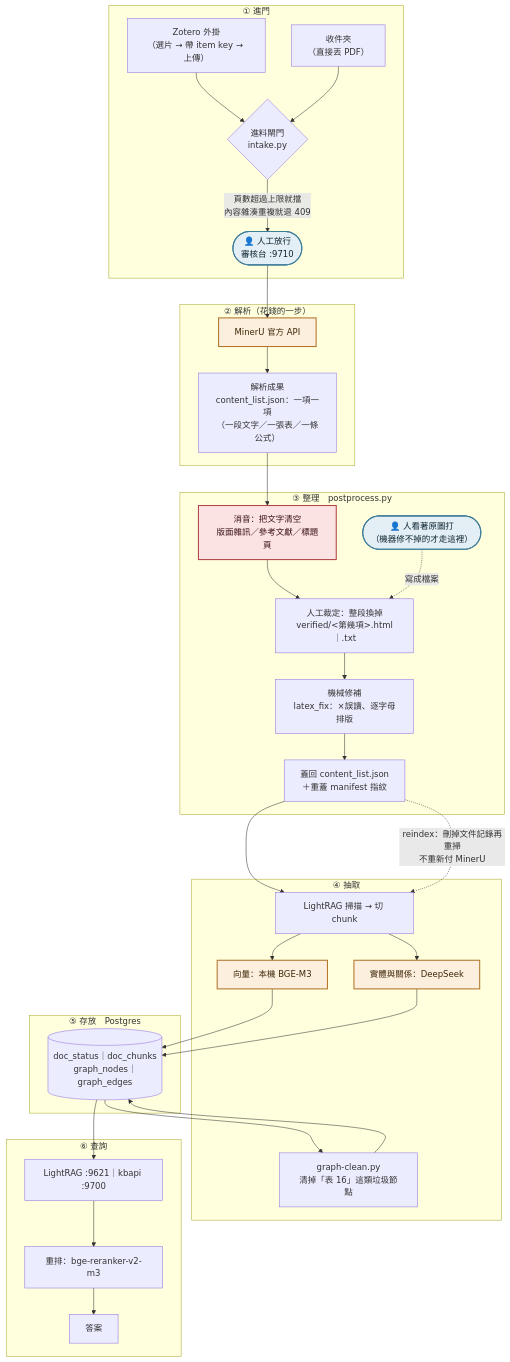
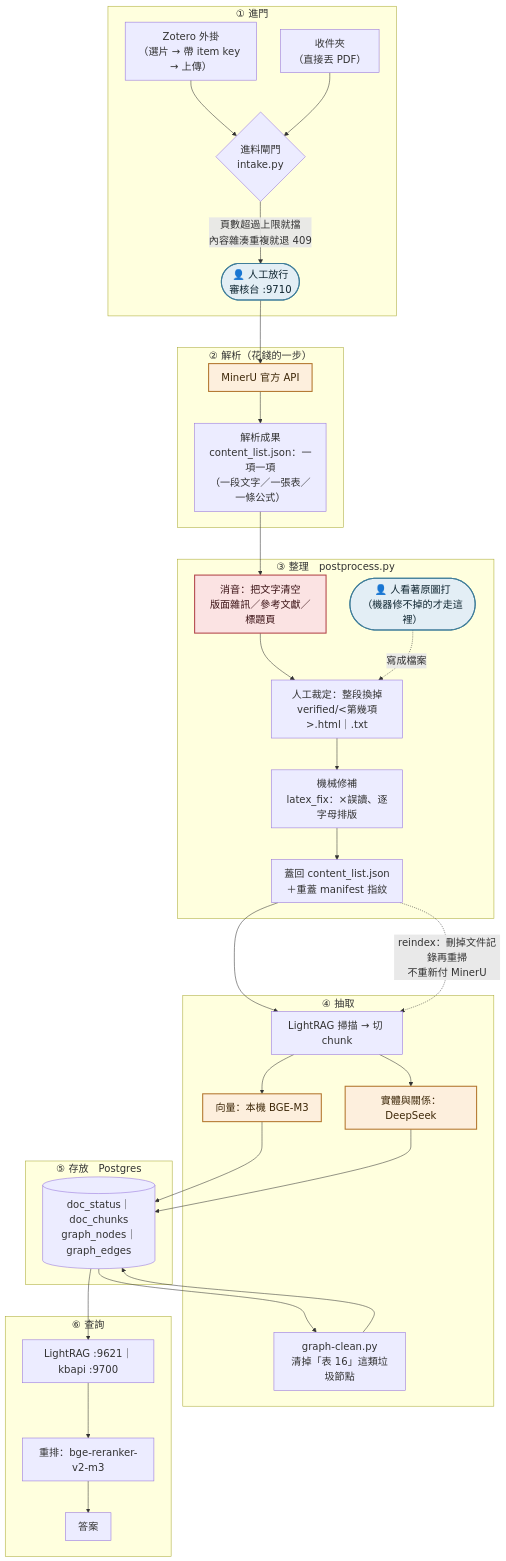
One commit to neknufelet/lightrag changed the first of 2 diagrams in cairn/pipeline.md. Above: the diagram before and after it, drawn with Mermaid. The commit also changed other lines of this file and 1 other file, not shown here.

Commit message:
docs(cairn): 圖的字體與間距寫進檔案，三邊吃同一組設定
PO 問「mermaid 渲染的時候能放大嗎，比例字體之類的」。

用 mermaid 的 init 指令寫在每張圖的第一行 —— **它是檔案的一部分**，
所以 Obsidian、GitHub、發佈的網頁都吃同一組，不用各自調：

  fontSize 19px、nodeSpacing 45、rankSpacing 60、padding 12

刻意**不設 theme**：設了會蓋掉觀看者的深／淺色主題，等於把上一個 commit
剛修好的可讀性再弄壞一次。只調字體與間距，顏色維持前一版明寫的那組。

也刻意**不設 useMaxWidth: false**：那會讓圖用原尺寸輸出、可能撐破版面往旁邊溢出。
維持預設（縮到容器寬度），所以放大字體就是相對放大 —— 那正是要的效果。

⚠ 真正的「拖曳＋滾輪縮放」markdown 做不到，要手寫 HTML 頁面。
那會讓權威版之外多一份要維護的東西，除非這一版還不夠大再說。

Claude-Session: https://claude.ai/code/session_01WVtFKvubzh751pEi3qRVVx

````diff
--- a/cairn/pipeline.md
+++ b/cairn/pipeline.md
@@ -26,69 +26,70 @@
 ```mermaid
+%%{init: {'themeVariables': {'fontSize':'19px'}, 'flowchart': {'nodeSpacing': 45, 'rankSpacing': 60, 'padding': 12}}}%%
 flowchart TD
     subgraph IN["① 進門"]
         Z["Zotero 外掛<br/>（選片 → 帶 item key → 上傳）"]
         INBOX["收件夾<br/>（直接丟 PDF）"]
         GATE1{"進料閘門<br/>intake.py"}
         HUMAN1(["👤 人工放行<br/>審核台 :9710"])
     end
 
     subgraph PARSE["② 解析（花錢的一步）"]
         MINERU["MinerU 官方 API"]
         RAW["解析成果<br/>content_list.json：一項一項<br/>（一段文字／一張表／一條公式）"]
     end
 
     subgraph POST["③ 整理　postprocess.py"]
         MUTE["消音：把文字清空<br/>版面雜訊／參考文獻／標題頁"]
         CURATED["人工裁定：整段換掉<br/>verified/&lt;第幾項&gt;.html｜.txt"]
         FIX["機械修補<br/>latex_fix：×誤讀、逐字母排版"]
         HUMAN2(["👤 人看著原圖打<br/>（機器修不掉的才走這裡）"])
         STAMP["蓋回 content_list.json<br/>＋重蓋 manifest 指紋"]
     end
 
     subgraph EXTRACT["④ 抽取"]
         SCAN["LightRAG 掃描 → 切 chunk"]
         EMB["向量：本機 BGE-M3"]
         LLM["實體與關係：DeepSeek"]
         CLEAN["graph-clean.py<br/>清掉「表 16」這類垃圾節點"]
     end
 
     subgraph STORE["⑤ 存放　Postgres"]
         DB[("doc_status｜doc_chunks<br/>graph_nodes｜graph_edges")]
     end
 
     subgraph QUERY["⑥ 查詢"]
         API["LightRAG :9621｜kbapi :9700"]
         RERANK["重排：bge-reranker-v2-m3"]
         ANS["答案"]
     end
 
     Z --> GATE1
     INBOX --> GATE1
     GATE1 -->|"頁數超過上限就擋<br/>內容雜湊重複就退 409"| HUMAN1
     HUMAN1 --> MINERU
     MINERU --> RAW
     RAW --> MUTE
     MUTE --> CURATED
     HUMAN2 -.寫成檔案.-> CURATED
     CURATED --> FIX
     FIX --> STAMP
     STAMP --> SCAN
     SCAN --> EMB
     SCAN --> LLM
     EMB --> DB
     LLM --> DB
     DB --> CLEAN
     CLEAN --> DB
     DB --> API
     API --> RERANK
     RERANK --> ANS
 
     STAMP -.->|"reindex：刪掉文件記錄再重掃<br/>不重新付 MinerU"| SCAN
 
     classDef human fill:#e3eef5,stroke:#3f7d99,stroke-width:2px,color:#0e2530
     classDef paid fill:#fdefdd,stroke:#b3762e,stroke-width:2px,color:#3d2708
     classDef cut fill:#fbe3e3,stroke:#b3454a,stroke-width:2px,color:#3a1114
     class HUMAN1,HUMAN2 human
     class MINERU,LLM,EMB paid
     class MUTE cut
 ```
````
